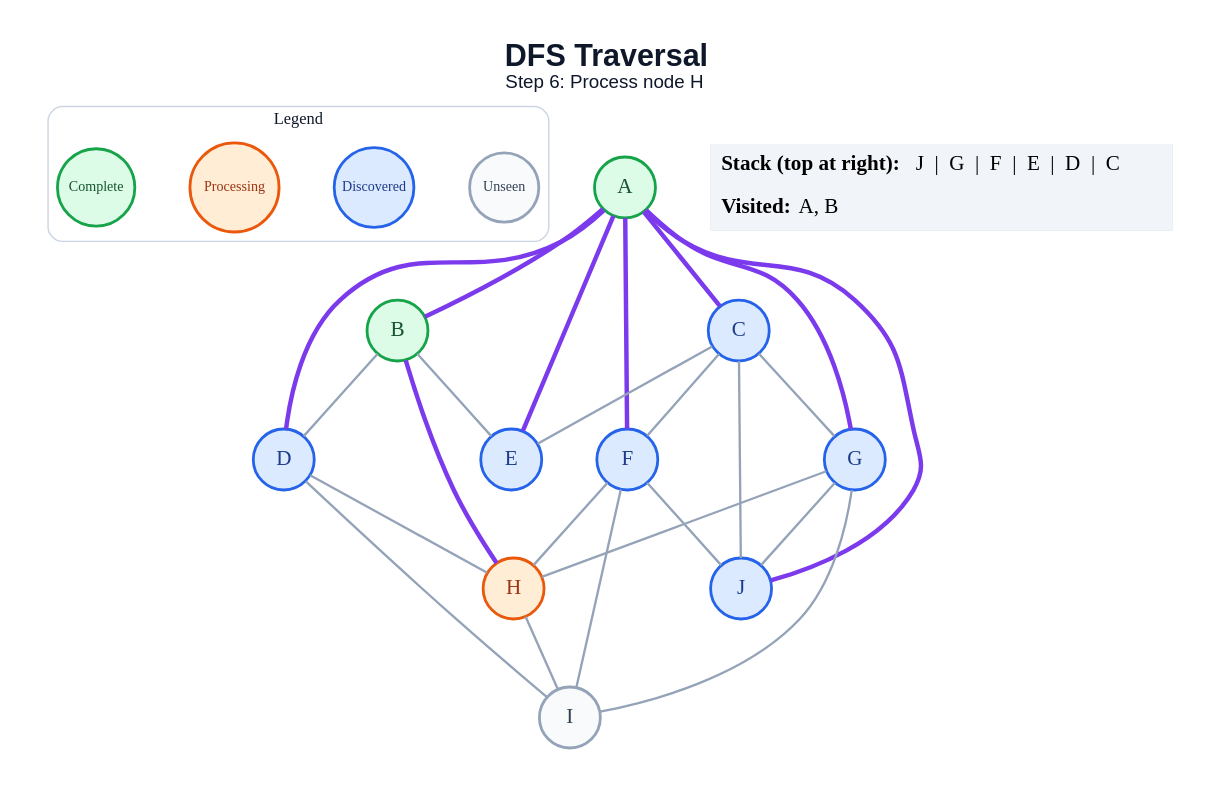
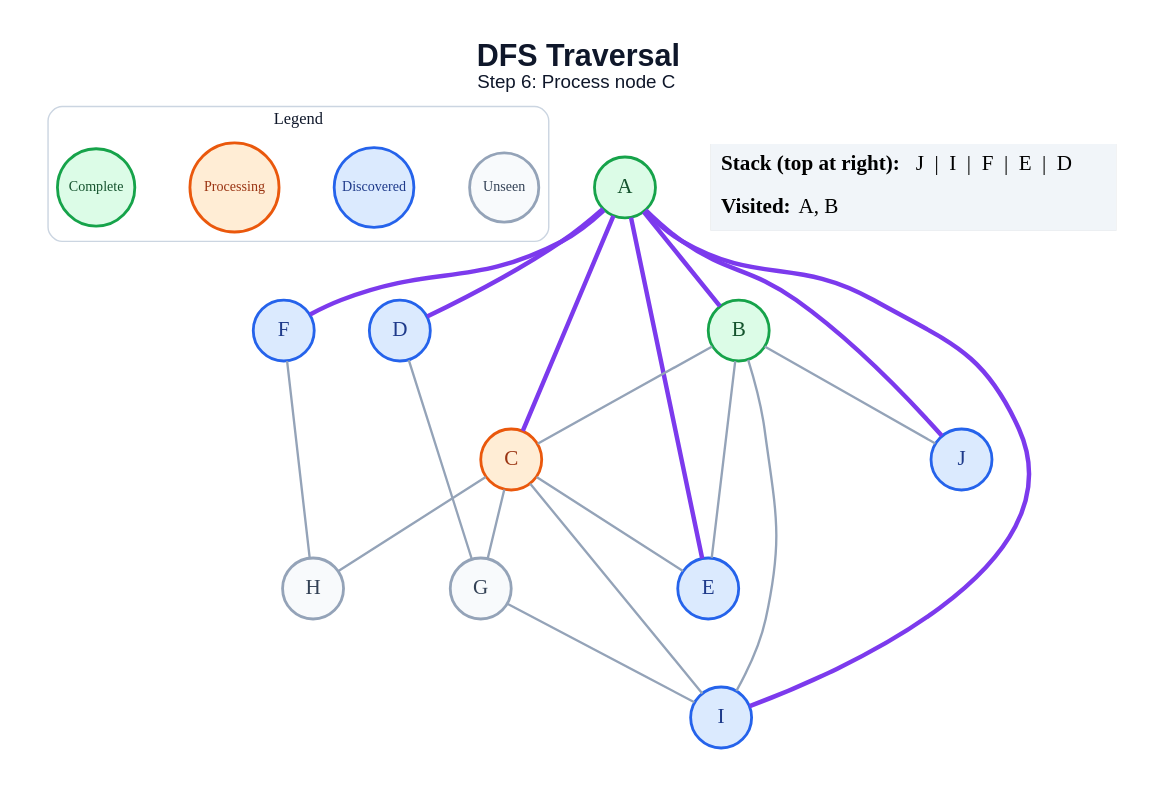
Before and after one commit to anon7238593-create/ai-slop: the diagram in generated/dfs/step_06.dot, drawn with Graphviz. The commit also changed 171 other files, not shown here.

```diff
--- a/generated/dfs/step_06.dot
+++ b/generated/dfs/step_06.dot
@@ -1,52 +1,47 @@
 graph traversal {
   graph [layout=dot, rankdir=TB, bgcolor="#FFFFFF", pad="0.35", nodesep="0.65", ranksep="0.8", fontname="Arial"];
   node [shape=circle, style="filled", fontname="Arial Bold", fontsize=18, width=0.72, fixedsize=true, penwidth=2.4];
   edge [color="#94A3B8", penwidth=2.0];
-  label=<<B>DFS Traversal</B><BR/><FONT POINT-SIZE="16">Step 6: Process node H</FONT>>; labelloc="t"; fontsize=26; fontname="Arial"; fontcolor="#0F172A";
+  label=<<B>DFS Traversal</B><BR/><FONT POINT-SIZE="16">Step 6: Process node C</FONT>>; labelloc="t"; fontsize=26; fontname="Arial"; fontcolor="#0F172A";
   subgraph cluster_legend { label="Legend"; color="#CBD5E1"; penwidth=1.2; style="rounded"; fontsize=14; fontname="Arial Bold";
     key_unseen [label="Unseen", fillcolor="#F8FAFC", color="#94A3B8", fontcolor="#334155", fontsize=12, width=0.82];
     key_frontier [label="Discovered", fillcolor="#DBEAFE", color="#2563EB", fontcolor="#1E3A8A", fontsize=12, width=0.95];
     key_current [label="Processing", fillcolor="#FFEDD5", color="#EA580C", fontcolor="#9A3412", fontsize=12, width=1.05];
     key_done [label="Complete", fillcolor="#DCFCE7", color="#16A34A", fontcolor="#14532D", fontsize=12, width=0.92];
     { rank=same; key_unseen; key_frontier; key_current; key_done; }
   }
   A [fillcolor="#DCFCE7", color="#16A34A", fontcolor="#14532D"];
   B [fillcolor="#DCFCE7", color="#16A34A", fontcolor="#14532D"];
-  C [fillcolor="#DBEAFE", color="#2563EB", fontcolor="#1E3A8A"];
+  C [fillcolor="#FFEDD5", color="#EA580C", fontcolor="#9A3412"];
   D [fillcolor="#DBEAFE", color="#2563EB", fontcolor="#1E3A8A"];
   E [fillcolor="#DBEAFE", color="#2563EB", fontcolor="#1E3A8A"];
   F [fillcolor="#DBEAFE", color="#2563EB", fontcolor="#1E3A8A"];
-  G [fillcolor="#DBEAFE", color="#2563EB", fontcolor="#1E3A8A"];
-  H [fillcolor="#FFEDD5", color="#EA580C", fontcolor="#9A3412"];
-  I [fillcolor="#F8FAFC", color="#94A3B8", fontcolor="#334155"];
+  G [fillcolor="#F8FAFC", color="#94A3B8", fontcolor="#334155"];
+  H [fillcolor="#F8FAFC", color="#94A3B8", fontcolor="#334155"];
+  I [fillcolor="#DBEAFE", color="#2563EB", fontcolor="#1E3A8A"];
   J [fillcolor="#DBEAFE", color="#2563EB", fontcolor="#1E3A8A"];
   A -- B [color="#7C3AED", penwidth=3.8];
   A -- C [color="#7C3AED", penwidth=3.8];
   A -- D [color="#7C3AED", penwidth=3.8];
   A -- E [color="#7C3AED", penwidth=3.8];
   A -- F [color="#7C3AED", penwidth=3.8];
-  A -- G [color="#7C3AED", penwidth=3.8];
+  A -- I [color="#7C3AED", penwidth=3.8];
   A -- J [color="#7C3AED", penwidth=3.8];
-  B -- D;
+  B -- C;
   B -- E;
-  B -- H [color="#7C3AED", penwidth=3.8];
+  B -- I;
+  B -- J;
   C -- E;
-  C -- F;
   C -- G;
-  C -- J;
-  D -- H;
-  D -- I;
+  C -- H;
+  C -- I;
+  D -- G;
   F -- H;
-  F -- I;
-  F -- J;
-  G -- H;
   G -- I;
-  G -- J;
-  H -- I;
   status [shape=plain, fixedsize=false, width=0, height=0, margin=0, label=<
     <TABLE BORDER="0" CELLBORDER="0" CELLPADDING="7" BGCOLOR="#F1F5F9">
-      <TR><TD ALIGN="LEFT"><B>Stack (top at right):</B> J  |  G  |  F  |  E  |  D  |  C</TD></TR>
+      <TR><TD ALIGN="LEFT"><B>Stack (top at right):</B> J  |  I  |  F  |  E  |  D</TD></TR>
       <TR><TD ALIGN="LEFT"><B>Visited:</B> A, B</TD></TR>
     </TABLE>
   >];
 }
```
